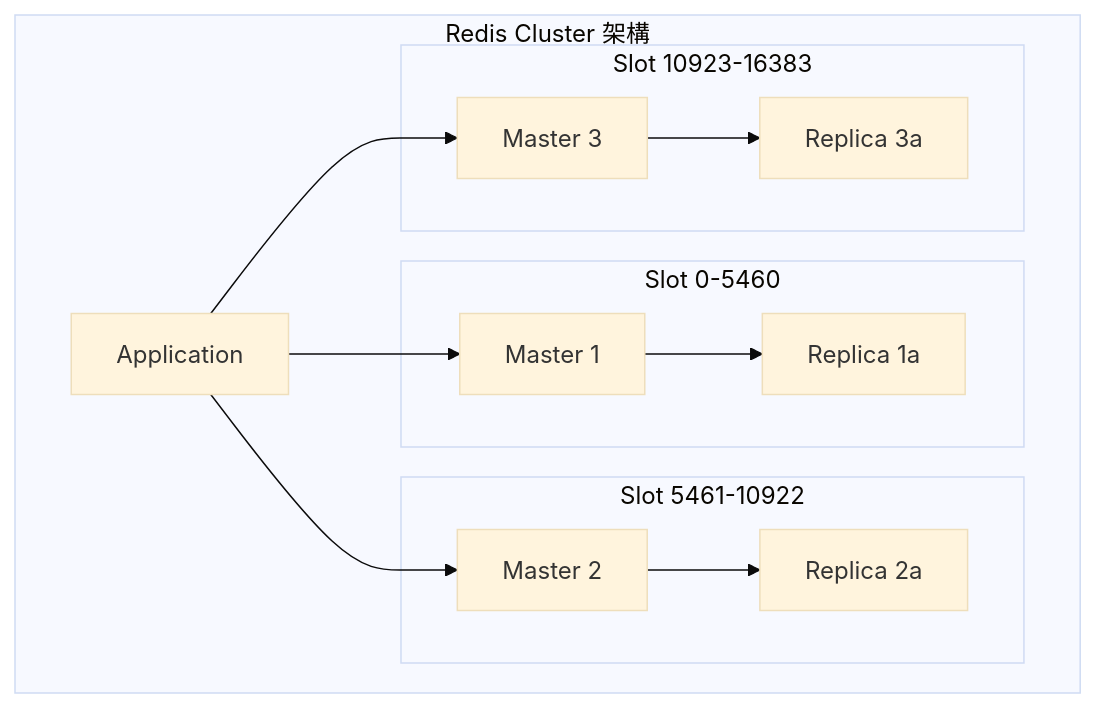
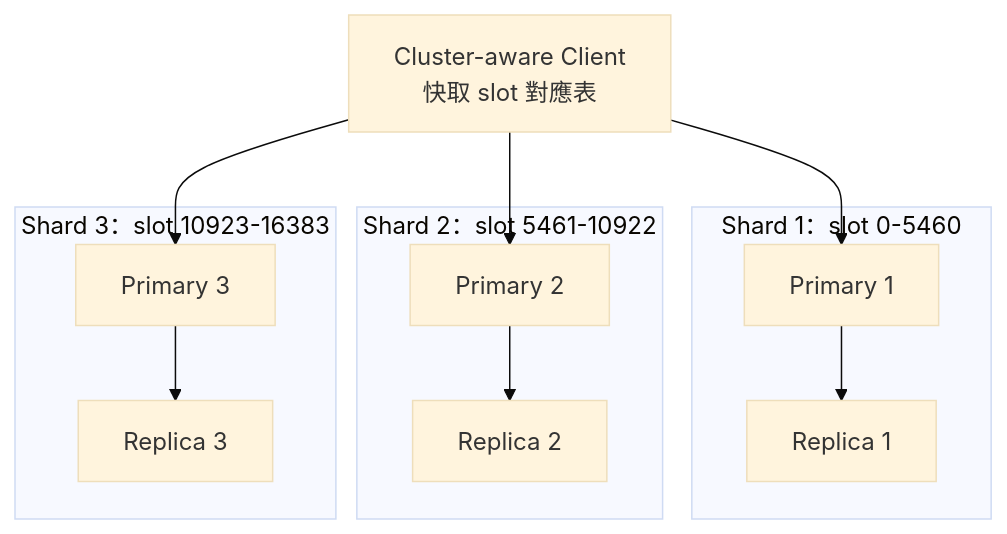
Before and after one commit to chihhung/Blog: the seventh of 30 diagrams in content/posts/教學/工具/Redis教學手冊.md, drawn with Mermaid (base theme). The commit also changed other lines of this file and 10 other files, not shown here.

````diff
--- a/content/posts/教學/工具/Redis教學手冊.md
+++ b/content/posts/教學/工具/Redis教學手冊.md
@@ -341,18 +569,15 @@
 ```mermaid
 flowchart TB
-    subgraph "Redis Cluster 架構"
-        subgraph "Slot 0-5460"
-            M1[Master 1] --> R1a[Replica 1a]
-        end
-        subgraph "Slot 5461-10922"
-            M2[Master 2] --> R2a[Replica 2a]
-        end
-        subgraph "Slot 10923-16383"
-            M3[Master 3] --> R3a[Replica 3a]
-        end
-        
-        APP[Application] --> M1
-        APP --> M2
-        APP --> M3
+    APP[Cluster-aware Client<br/>快取 slot 對應表] --> M1
+    APP --> M2
+    APP --> M3
+    subgraph S1["Shard 1：slot 0-5460"]
+        M1[Primary 1] --> R1[Replica 1]
+    end
+    subgraph S2["Shard 2：slot 5461-10922"]
+        M2[Primary 2] --> R2[Replica 2]
+    end
+    subgraph S3["Shard 3：slot 10923-16383"]
+        M3[Primary 3] --> R3[Replica 3]
     end
 ```
````
